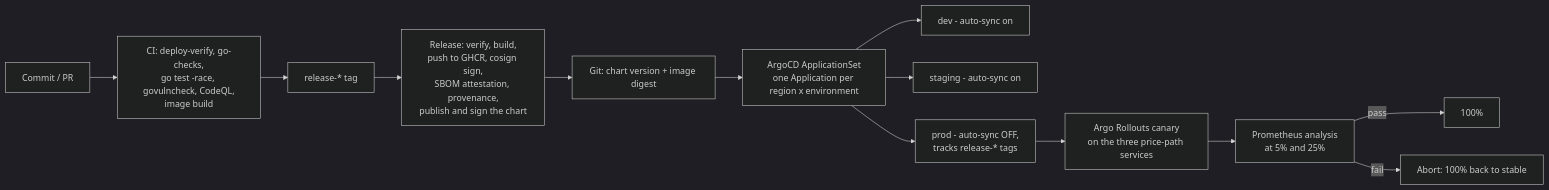
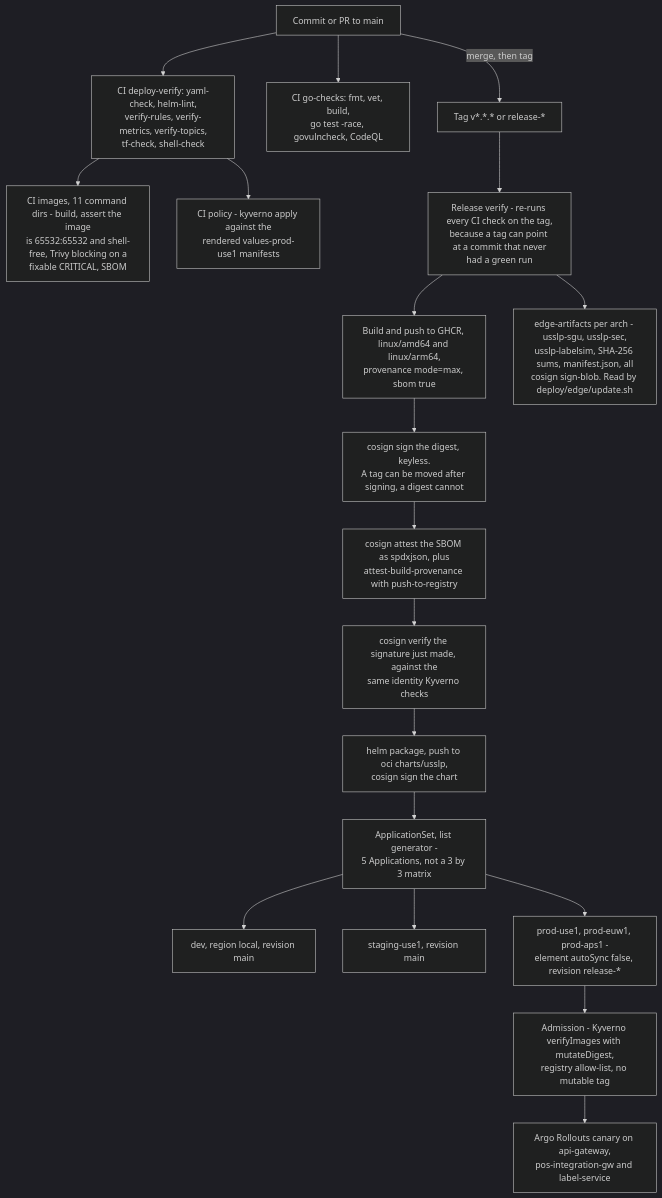
One commit to udaykishore-resu/usslp-platform changed the third of 5 diagrams in docs/architecture/operations.md. Above: the diagram before and after it, drawn with Mermaid (dark theme). The commit also changed other lines of this file and 16 other files, not shown here.

First line of the commit message:
docs: add a diagram index, and audit every diagram against the code

````diff
--- a/docs/architecture/operations.md
+++ b/docs/architecture/operations.md
@@ -101,15 +138,41 @@
 ```mermaid
-flowchart LR
-  DEV["Commit / PR"] --> CI["CI: deploy-verify, go-checks,<br/>go test -race, govulncheck, CodeQL,<br/>image build"]
-  CI --> TAG["release-* tag"]
-  TAG --> REL["Release: verify, build,<br/>push to GHCR, cosign sign,<br/>SBOM attestation, provenance,<br/>publish and sign the chart"]
-  REL --> GIT["Git: chart version + image digest"]
-  GIT --> AS["ArgoCD ApplicationSet<br/>one Application per region x environment"]
-  AS --> DEVC["dev - auto-sync on"]
-  AS --> STG["staging - auto-sync on"]
-  AS --> PRD["prod - auto-sync OFF,<br/>tracks release-* tags"]
-  PRD --> ROLL["Argo Rollouts canary<br/>on the three price-path services"]
-  ROLL --> ANA["Prometheus analysis<br/>at 5% and 25%"]
-  ANA -->|pass| FULL["100%"]
-  ANA -->|fail| ABORT["Abort: 100% back to stable"]
+flowchart TB
+  PR["Commit or PR to main"]
+  DV["CI deploy-verify: yaml-check, helm-lint,<br/>verify-rules, verify-metrics, verify-topics,<br/>tf-check, shell-check"]
+  GO["CI go-checks: fmt, vet, build,<br/>go test -race, govulncheck, CodeQL"]
+  IMG["CI images, 11 command dirs - build, assert the image<br/>is 65532:65532 and shell-free, Trivy blocking on a<br/>fixable CRITICAL, SBOM"]
+  POL["CI policy - kyverno apply against the<br/>rendered values-prod-use1 manifests"]
+  TAG["Tag v*.*.* or release-*"]
+  VER["Release verify - re-runs every CI check on the tag,<br/>because a tag can point at a commit that never<br/>had a green run"]
+  PUSH["Build and push to GHCR, linux/amd64 and linux/arm64,<br/>provenance mode=max, sbom true"]
+  SIGN["cosign sign the digest, keyless.<br/>A tag can be moved after signing, a digest cannot"]
+  ATT["cosign attest the SBOM as spdxjson, plus<br/>attest-build-provenance with push-to-registry"]
+  SELF["cosign verify the signature just made, against the<br/>same identity Kyverno checks"]
+  CHART["helm package, push to oci charts/usslp,<br/>cosign sign the chart"]
+  EDGE["edge-artifacts per arch - usslp-sgu, usslp-sec,<br/>usslp-labelsim, SHA-256 sums, manifest.json, all<br/>cosign sign-blob. Read by deploy/edge/update.sh"]
+  AS["ApplicationSet, list generator -<br/>5 Applications, not a 3 by 3 matrix"]
+  DEVC["dev, region local, revision main"]
+  STG["staging-use1, revision main"]
+  PRD["prod-use1, prod-euw1, prod-aps1 -<br/>element autoSync false, revision release-*"]
+  ADM["Admission - Kyverno verifyImages with mutateDigest,<br/>registry allow-list, no mutable tag"]
+  ROLL["Argo Rollouts canary on api-gateway,<br/>pos-integration-gw and label-service"]
+
+  PR --> DV
+  PR --> GO
+  DV --> IMG
+  DV --> POL
+  PR -->|"merge, then tag"| TAG
+  TAG --> VER
+  VER --> PUSH
+  PUSH --> SIGN
+  SIGN --> ATT
+  ATT --> SELF
+  SELF --> CHART
+  VER --> EDGE
+  CHART --> AS
+  AS --> DEVC
+  AS --> STG
+  AS --> PRD
+  PRD --> ADM
+  ADM --> ROLL
 ```
````
